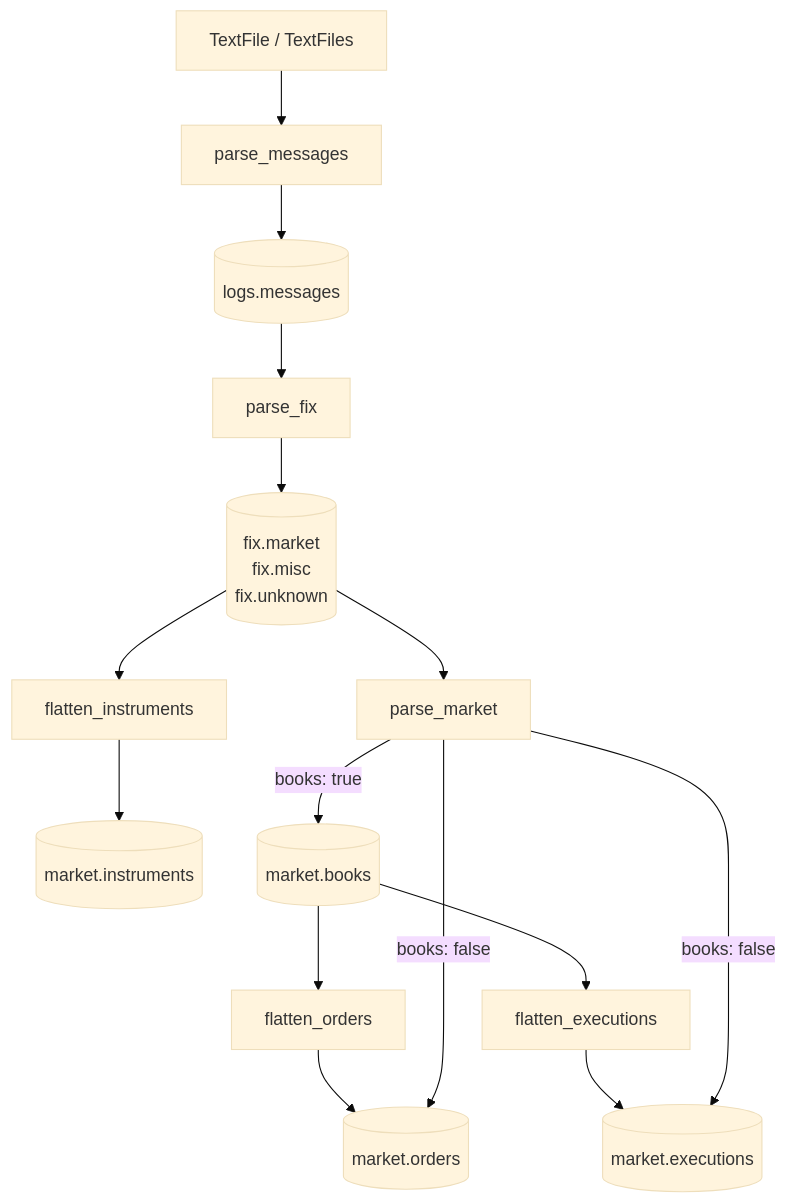
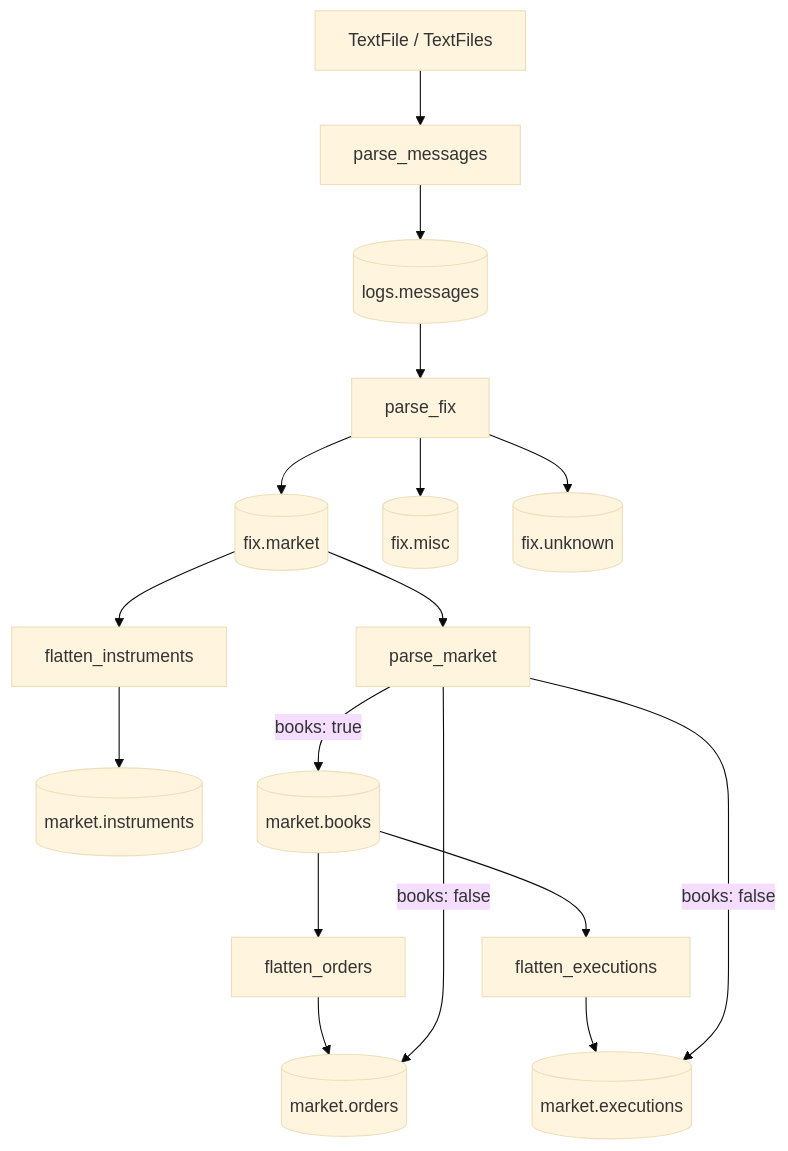
The diagram in docs/index.md (Platob/yggfin), drawn with Mermaid (base theme) before and after one commit. The commit also changed other lines of this file and 101 other files, not shown here.

````diff
--- a/docs/index.md
+++ b/docs/index.md
@@ -18,14 +18,16 @@
 ```mermaid
 flowchart TD
     L[TextFile / TextFiles] --> PM[parse_messages]
     PM --> M[(logs.messages)]
     M --> PF[parse_fix]
-    PF --> FM[(fix.market<br/>fix.misc<br/>fix.unknown)]
+    PF --> FM[(fix.market)]
+    PF --> FX[(fix.misc)]
+    PF --> FU[(fix.unknown)]
     FM --> FI[flatten_instruments] --> I[(market.instruments)]
     FM --> PK[parse_market]
     PK -->|books: true| B[(market.books)]
     B --> FO[flatten_orders] --> O[(market.orders)]
     B --> FE[flatten_executions] --> E[(market.executions)]
     PK -->|books: false| O
     PK -->|books: false| E
 ```
````
